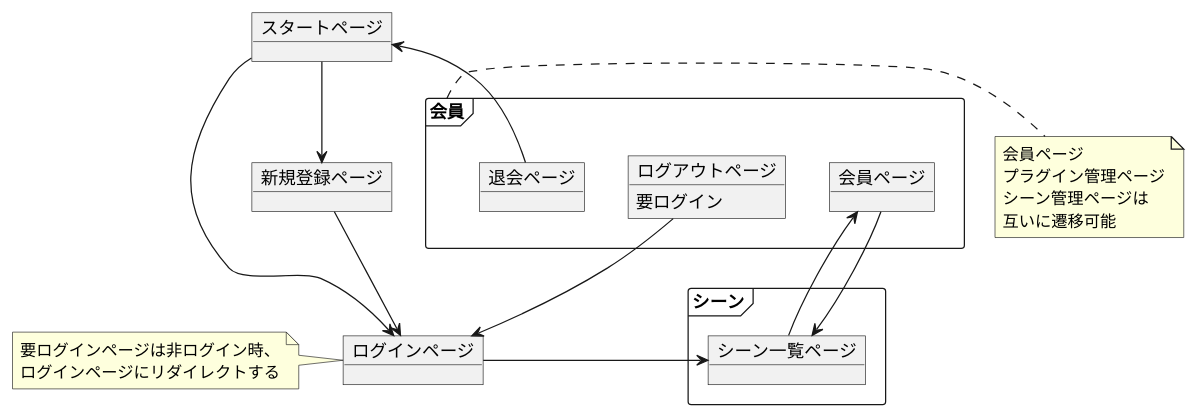
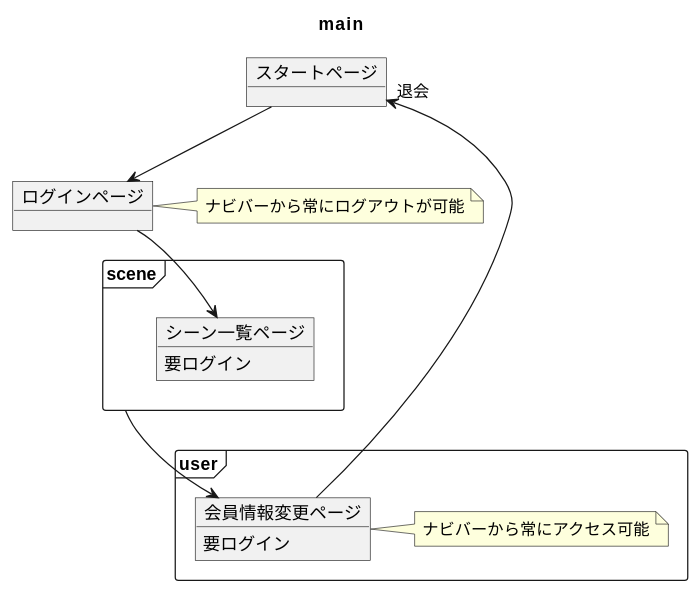
One commit to s10akir/cocktail changed the diagram in uml/src/sceen-transition-diagram/main.puml. Above: the diagram before and after it, drawn with PlantUML. The commit also changed 7 other files, not shown here.

```diff
--- a/uml/src/sceen-transition-diagram/main.puml
+++ b/uml/src/sceen-transition-diagram/main.puml
@@ -1,46 +1,38 @@
-@startuml main
-Object スタートページ    
+@startuml
+
+title main
+
+Object スタートページ
 Object ログインページ
-Object 新規登録ページ
 
-package "会員" <<frame>> {
-    Object 会員ページ
-    Object ログアウトページ
-    Object 退会ページ
+note left of ログインページ
+ナビバーから常にログアウトが可能
+end note
+
+package "scene" <<frame>> {
+  Object シーン一覧ページ
 }
 
-package "シーン" <<frame>> {
-    Object シーン一覧ページ
+package "user" <<frame>> {
+  Object 会員情報変更ページ
+
+  note right of 会員情報変更ページ
+    ナビバーから常にアクセス可能
+  end note
 }
 
-ログアウトページ : 要ログイン
 
-'遷移
+' フィールド定義
+シーン一覧ページ : 要ログイン
+会員情報変更ページ : 要ログイン
+
+' 遷移
 ' - メイン遷移
-スタートページ --> ログインページ
-スタートページ --> 新規登録ページ
-新規登録ページ  -->  ログインページ
-ログアウトページ --> ログインページ
-退会ページ --> スタートページ
+スタートページ -down-> ログインページ
+ログインページ --down> シーン一覧ページ
+' - 会員情報変更遷移
+scene--> 会員情報変更ページ
+会員情報変更ページ -up-> "退会" スタートページ
 
-'ログイン後遷移
-ログインページ --> シーン一覧ページ
-
-'他機能遷移
-シーン一覧ページ --> 会員ページ
-会員ページ --> シーン一覧ページ
-
-'ノート
-note left of ログインページ    
-	要ログインページは非ログイン時、
-	ログインページにリダイレクトする
-end note
-
-note right of 会員
-    会員ページ
-    プラグイン管理ページ
-    シーン管理ページは
-    互いに遷移可能
-end note
 
 @enduml
```
